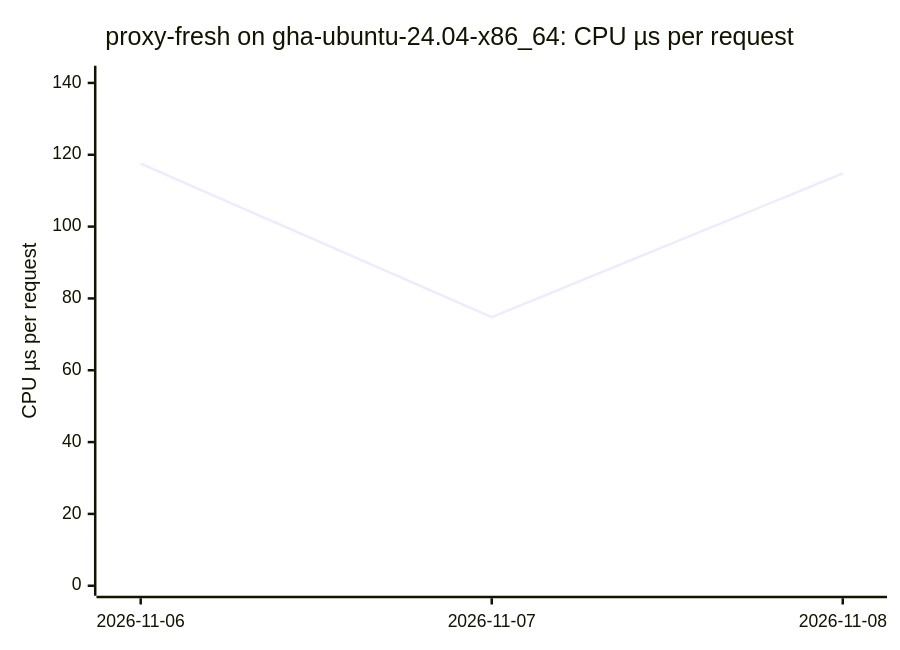
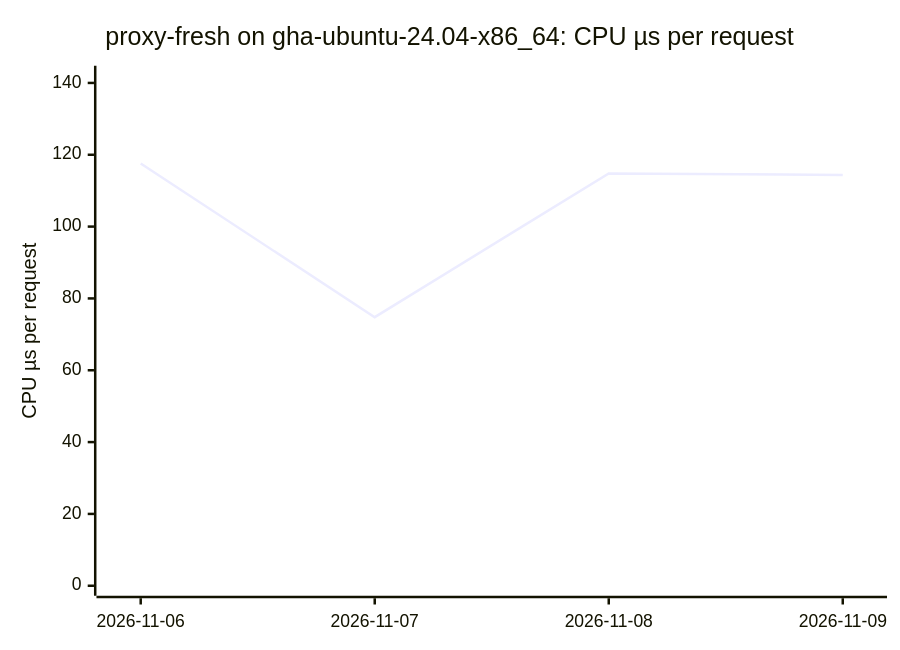
The fifth of 18 diagrams in BENCHMARKS.md (ThePixelPilgrim/durchlauferhitzer), drawn with Mermaid before and after one commit. The commit also changed other lines of this file and 1 other file, not shown here.

````diff
--- a/BENCHMARKS.md
+++ b/BENCHMARKS.md
@@ -65,7 +66,7 @@
 ```mermaid
 xychart-beta
   title "proxy-fresh on gha-ubuntu-24.04-x86_64: CPU µs per request"
-  x-axis ["2026-11-06", "2026-11-07", "2026-11-08"]
+  x-axis ["2026-11-06", "2026-11-07", "2026-11-08", "2026-11-09"]
   y-axis "CPU µs per request" 0 --> 142
-  line [117.55, 74.78, 114.80]
+  line [117.55, 74.78, 114.80, 114.37]
 ```
````
